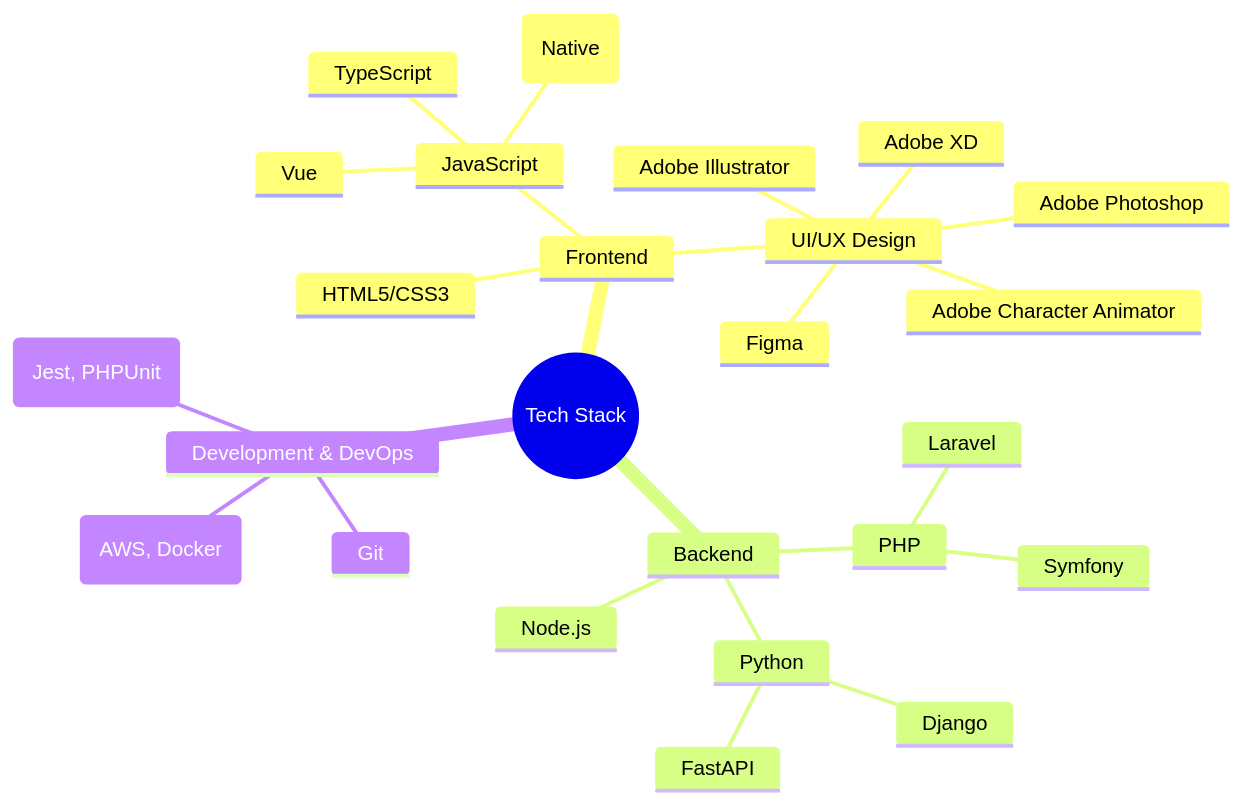
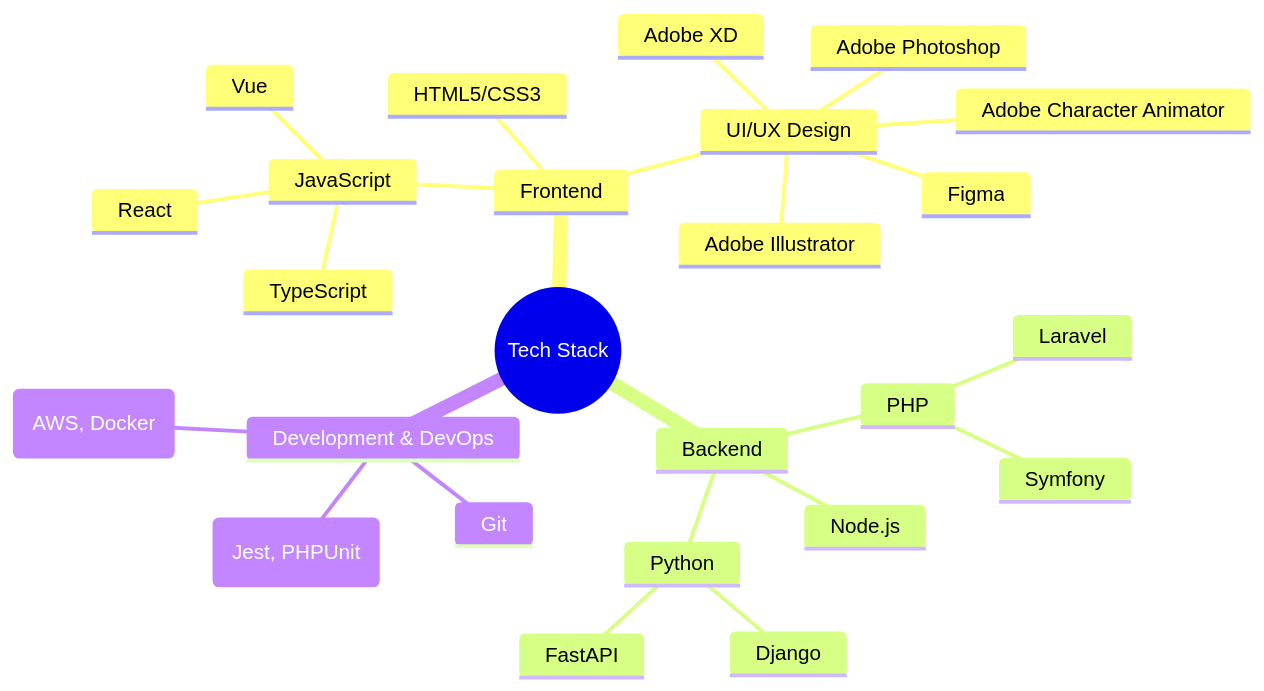
Before and after one commit to PasperFection/PasperFection: the diagram in README.md, drawn with Mermaid. The commit also changed other lines of this file, not shown here.

````diff
--- a/README.md
+++ b/README.md
@@ -9,28 +9,28 @@
 ```mermaid
 mindmap
     root((Tech Stack))
         Frontend
             HTML5/CSS3
             JavaScript
                 TypeScript
-                React (Native)
+                React
                 Vue
             UI/UX Design
                 Figma
                 Adobe XD
                 Adobe Illustrator
                 Adobe Photoshop
                 Adobe Character Animator
         Backend
             PHP
                 Laravel
                 Symfony
             Python
                 Django
                 FastAPI
             Node.js
         Development & DevOps
             Git
             Testing (Jest, PHPUnit)
             Cloud Services (AWS, Docker)
 ```
````
